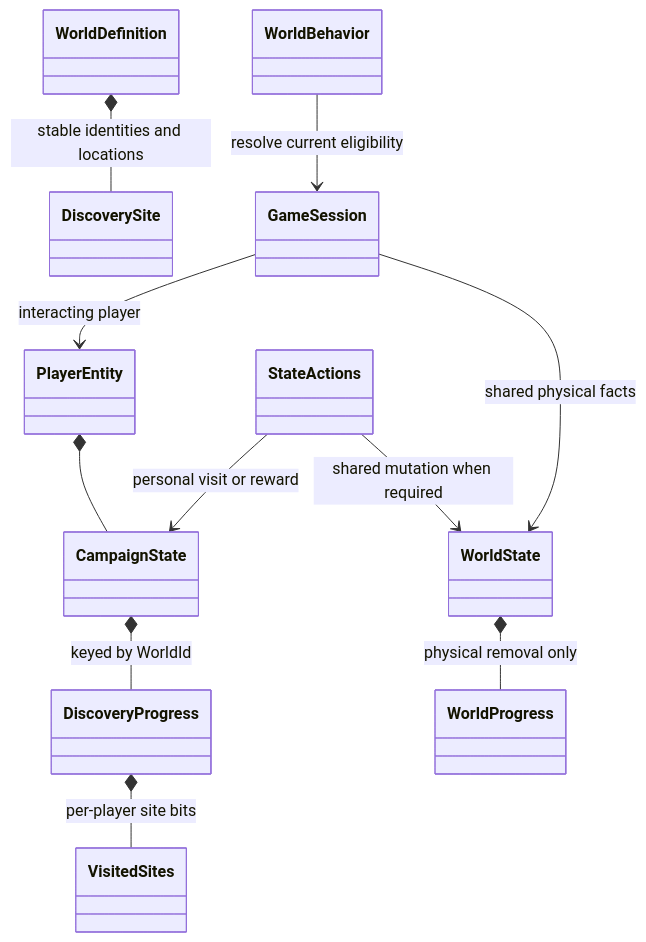
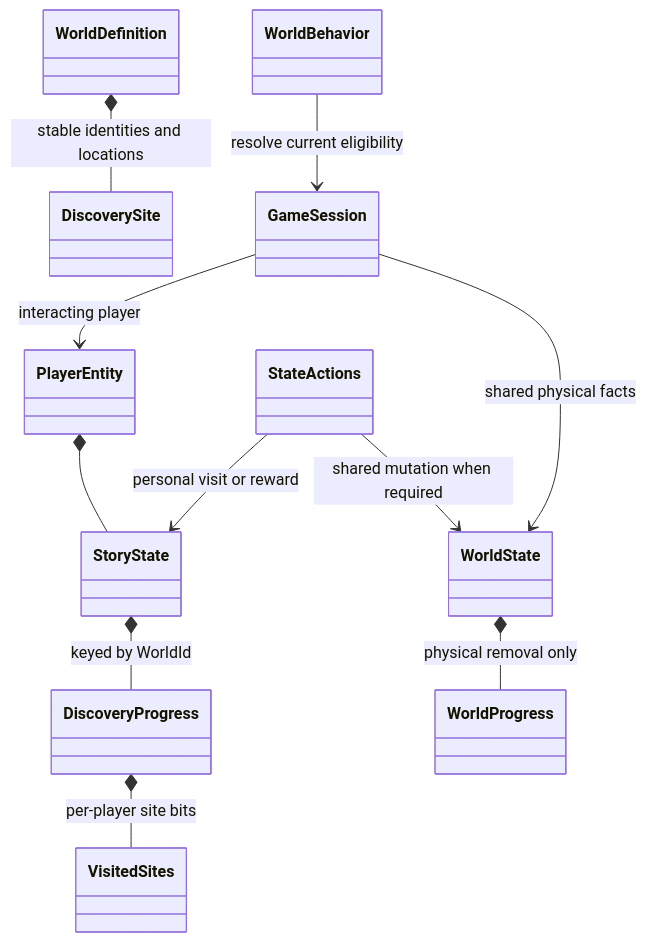
Before and after one commit to yost-jacob/uqm-cpp17: the first of 2 diagrams in docs/design/solar-system/discovery-state.md, drawn with Mermaid. The commit also changed other lines of this file and 84 other files, not shown here.

Commit message:
Rename personal CampaignState to StoryState throughout native code

````diff
--- a/docs/design/solar-system/discovery-state.md
+++ b/docs/design/solar-system/discovery-state.md
@@ -66,13 +66,13 @@
 ```mermaid
 classDiagram
     WorldDefinition *-- DiscoverySite : stable identities and locations
     WorldState *-- WorldProgress : physical removal only
-    PlayerEntity *-- CampaignState
-    CampaignState *-- DiscoveryProgress : keyed by WorldId
+    PlayerEntity *-- StoryState
+    StoryState *-- DiscoveryProgress : keyed by WorldId
     DiscoveryProgress *-- VisitedSites : per-player site bits
     GameSession --> PlayerEntity : interacting player
     GameSession --> WorldState : shared physical facts
     WorldBehavior --> GameSession : resolve current eligibility
-    StateActions --> CampaignState : personal visit or reward
+    StateActions --> StoryState : personal visit or reward
     StateActions --> WorldState : shared mutation when required
 ```
````
